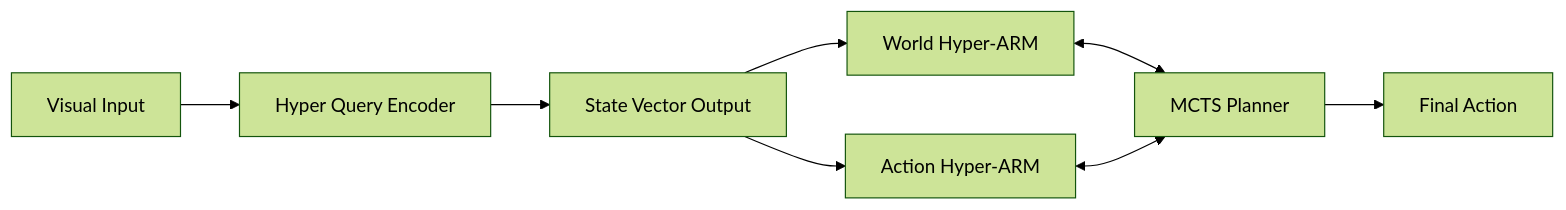
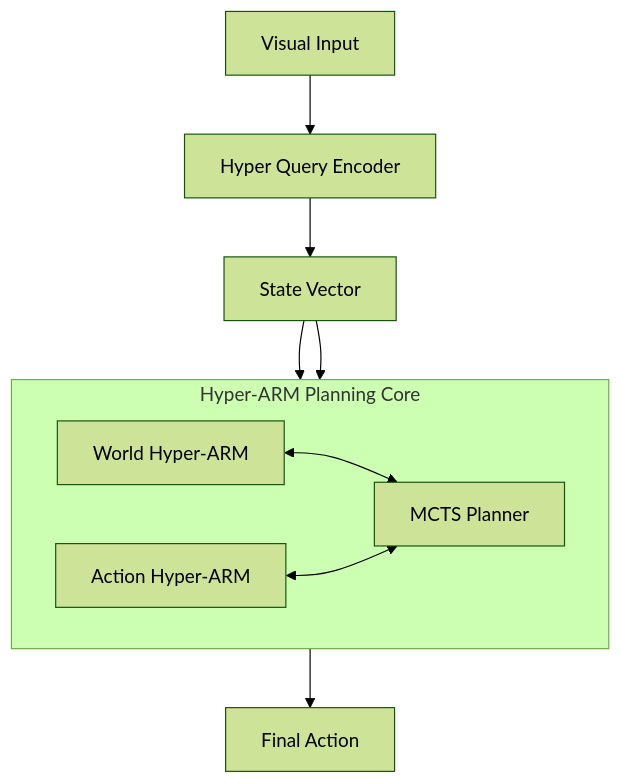
One commit to streamlineddesigns/Hyper-ARM-Hypernetwork-Associative-Recall-Memory changed the diagram in README.md. Above: the diagram before and after it, drawn with Mermaid (forest theme).

````diff
--- a/README.md
+++ b/README.md
@@ -44,10 +44,19 @@
 ```mermaid
-flowchart LR
-    Input[Visual Input] --> HQE[Hyper Query Encoder]
-    HQE --> State[State Vector Output]
-    State --> WorldBlock[World Hyper-ARM]
-    State --> ActionBlock[Action Hyper-ARM]
-    WorldBlock <--> MCTS[MCTS Planner]
-    ActionBlock <--> MCTS
-    MCTS --> Action[Final Action]
+flowchart TD
+    Input["Visual Input"] --> HQE["Hyper Query Encoder"]
+    HQE --> State["State Vector"]
+    
+    subgraph Planning_Core["Hyper-ARM Planning Core"]
+        direction LR
+        World["World Hyper-ARM"]
+        MCTS["MCTS Planner"]
+        Action["Action Hyper-ARM"]
+        
+        World <--> MCTS
+        Action <--> MCTS
+    end
+    
+    State --> World
+    State --> Action
+    MCTS --> Output["Final Action"]
 ```
````
